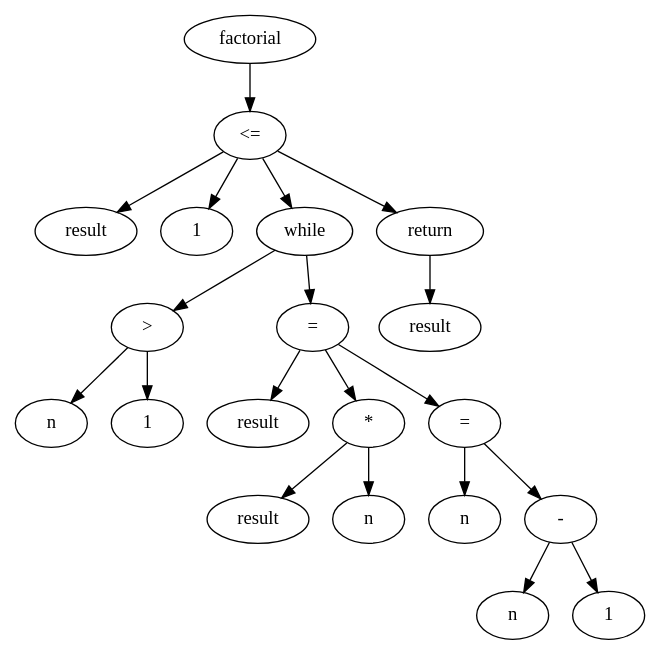
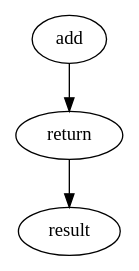
Before and after one commit to henriqueutzig/slc: the diagram in saida.dot, drawn with Graphviz. The commit also changed 1 other file, not shown here.

```diff
--- a/saida.dot
+++ b/saida.dot
@@ -1,43 +1,9 @@
 # Executado assim: output2dot.sh 
 # https://graphviz.org/doc/info/lang.html
 digraph {
-  x6000016811e0 [label="factorial"];
-  x6000016811e0 -> x600001681240
-  x600001681240 [label="<="];
-  x600001681240 -> x600001681200
-  x600001681240 -> x600001681220
-  x600001681240 -> x600001681420
-  x600001681240 -> x600001681480
-  x600001681200 [label="result"];
-  x600001681220 [label="1"];
-  x600001681420 [label="while"];
-  x600001681420 -> x6000016812a0
-  x600001681420 -> x600001681320
-  x6000016812a0 [label=">"];
-  x6000016812a0 -> x600001681260
-  x6000016812a0 -> x600001681280
-  x600001681260 [label="n"];
-  x600001681280 [label="1"];
-  x600001681320 [label="="];
-  x600001681320 -> x600001681340
-  x600001681320 -> x600001681300
-  x600001681320 -> x6000016813c0
-  x600001681340 [label="result"];
-  x600001681300 [label="*"];
-  x600001681300 -> x6000016812c0
-  x600001681300 -> x6000016812e0
-  x6000016812c0 [label="result"];
-  x6000016812e0 [label="n"];
-  x6000016813c0 [label="="];
-  x6000016813c0 -> x6000016813e0
-  x6000016813c0 -> x6000016813a0
-  x6000016813e0 [label="n"];
-  x6000016813a0 [label="-"];
-  x6000016813a0 -> x600001681360
-  x6000016813a0 -> x600001681380
-  x600001681360 [label="n"];
-  x600001681380 [label="1"];
-  x600001681480 [label="return"];
-  x600001681480 -> x600001681460
-  x600001681460 [label="result"];
+  x6000032911e0 [label="add"];
+  x6000032911e0 -> x6000032912e0
+  x6000032912e0 [label="return"];
+  x6000032912e0 -> x6000032912c0
+  x6000032912c0 [label="result"];
 }
```
